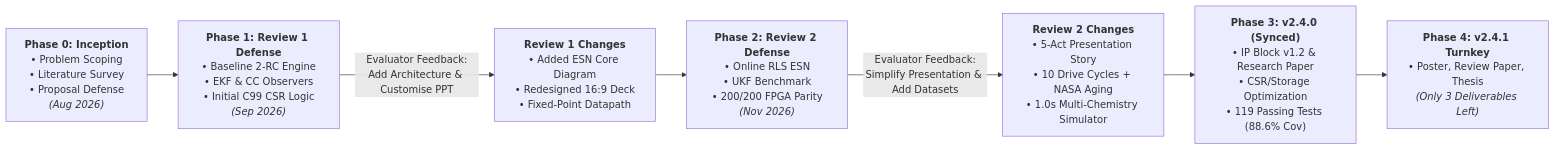
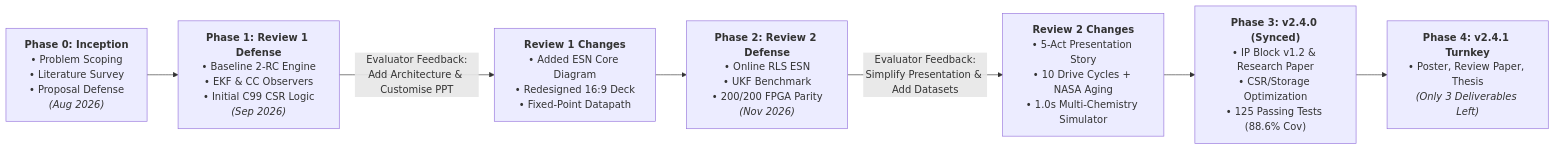
One commit to tanish-jain-225/Battery_State_Estimator_BE_Project_2026_2027 changed the first of 3 diagrams in README.md. Above: the diagram before and after it, drawn with Mermaid. The commit also changed other lines of this file and 15 other files, not shown here.

````diff
--- a/README.md
+++ b/README.md
@@ -69,10 +69,10 @@
 ```mermaid
 flowchart LR
     P0["<b>Phase 0: Inception</b><br/>• Problem Scoping<br/>• Literature Survey<br/>• Proposal Defense<br/><i>(Aug 2026)</i>"] 
     P0 --> P1["<b>Phase 1: Review 1 Defense</b><br/>• Baseline 2-RC Engine<br/>• EKF & CC Observers<br/>• Initial C99 CSR Logic<br/><i>(Sep 2026)</i>"]
     P1 -->|"Evaluator Feedback:<br/>Add Architecture & Customise PPT"| P1_Fix["<b>Review 1 Changes</b><br/>• Added ESN Core Diagram<br/>• Redesigned 16:9 Deck<br/>• Fixed-Point Datapath"]
     P1_Fix --> P2["<b>Phase 2: Review 2 Defense</b><br/>• Online RLS ESN<br/>• UKF Benchmark<br/>• 200/200 FPGA Parity<br/><i>(Nov 2026)</i>"]
     P2 -->|"Evaluator Feedback:<br/>Simplify Presentation & Add Datasets"| P2_Fix["<b>Review 2 Changes</b><br/>• 5-Act Presentation Story<br/>• 10 Drive Cycles + NASA Aging<br/>• 1.0s Multi-Chemistry Simulator"]
-    P2_Fix --> P3["<b>Phase 3: v2.4.0 (Synced)</b><br/>• IP Block v1.2 & Research Paper<br/>• CSR/Storage Optimization<br/>• 119 Passing Tests (88.6% Cov)"]
+    P2_Fix --> P3["<b>Phase 3: v2.4.0 (Synced)</b><br/>• IP Block v1.2 & Research Paper<br/>• CSR/Storage Optimization<br/>• 125 Passing Tests (88.6% Cov)"]
     P3 --> P4["<b>Phase 4: v2.4.1 Turnkey</b><br/>• Poster, Review Paper, Thesis<br/><i>(Only 3 Deliverables Left)</i>"]
 ```
````
